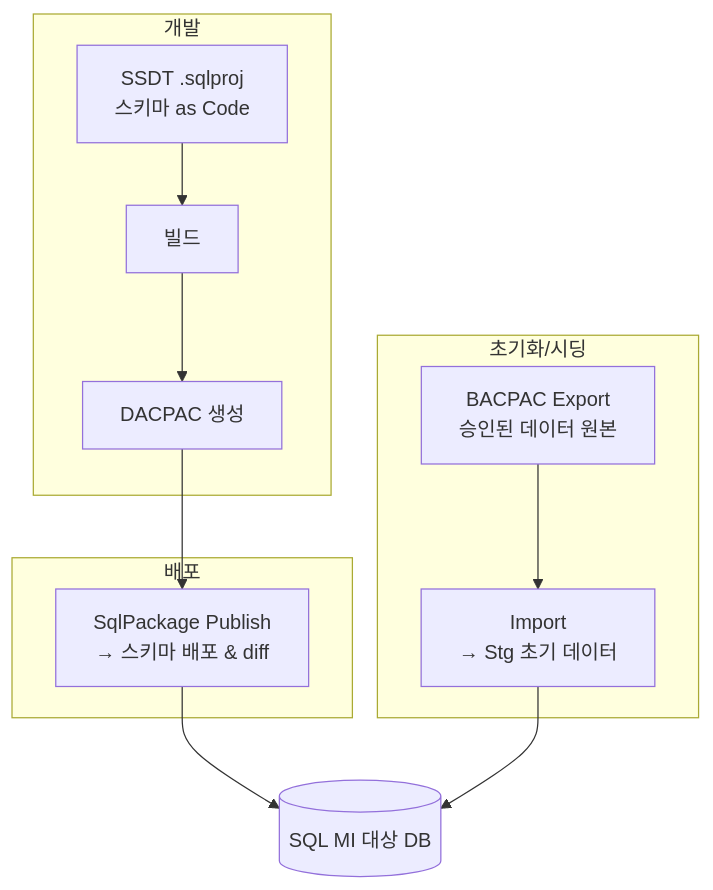
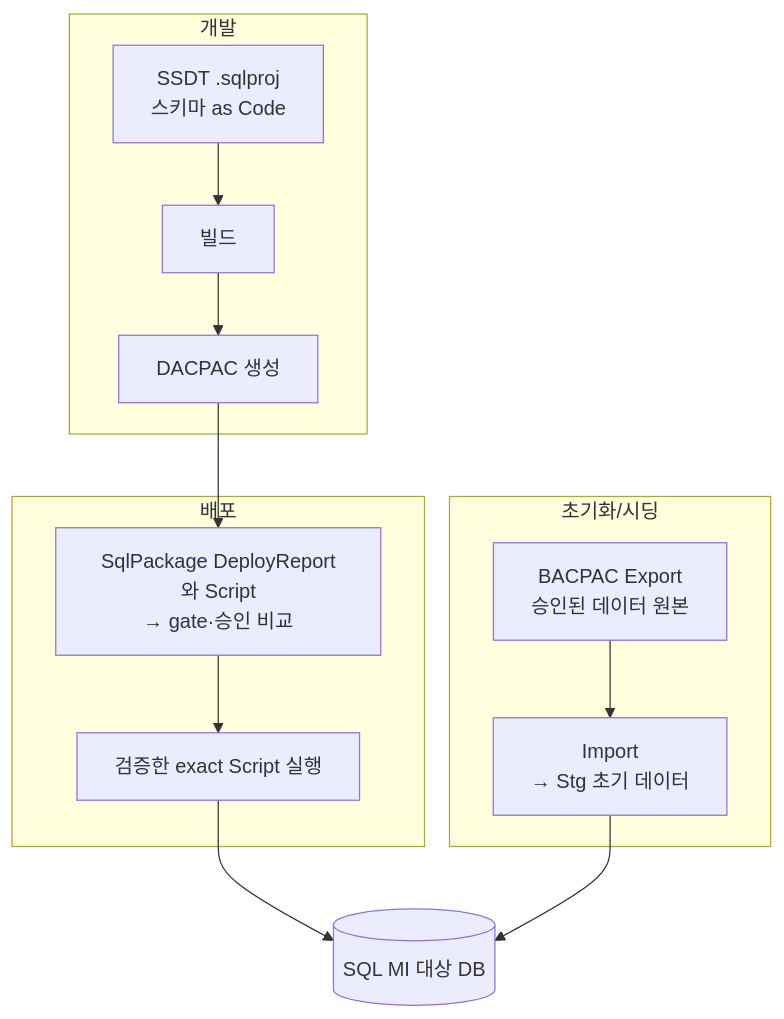
One commit to DalBamS/AzureDevOps-SQLMI-CICD-AI changed the second of 3 diagrams in docs/프로젝트-계획-초안.md. Above: the diagram before and after it, drawn with Mermaid. The commit also changed other lines of this file and 9 other files, not shown here.

First line of the commit message:
Fix exact deployment script execution

````diff
--- a/docs/프로젝트-계획-초안.md
+++ b/docs/프로젝트-계획-초안.md
@@ -220,15 +227,16 @@
 ```mermaid
 flowchart TB
     subgraph 개발
       A[SSDT .sqlproj<br/>스키마 as Code] --> B[빌드]
       B --> C[DACPAC 생성]
     end
     subgraph 배포
-      C --> D[SqlPackage Publish<br/>→ 스키마 배포 & diff]
+      C --> D[SqlPackage DeployReport와 Script<br/>→ gate·승인 비교]
+      D --> H[검증한 exact Script 실행]
     end
     subgraph 초기화/시딩
       E[BACPAC Export<br/>승인된 데이터 원본] --> F[Import<br/>→ Stg 초기 데이터]
     end
-    D --> G[(SQL MI 대상 DB)]
+    H --> G[(SQL MI 대상 DB)]
     F --> G
 ```
````
